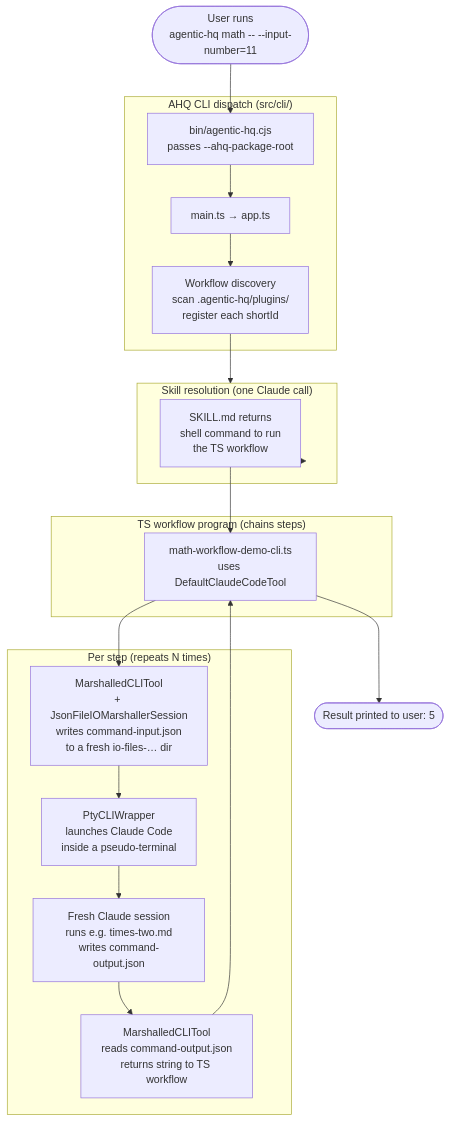
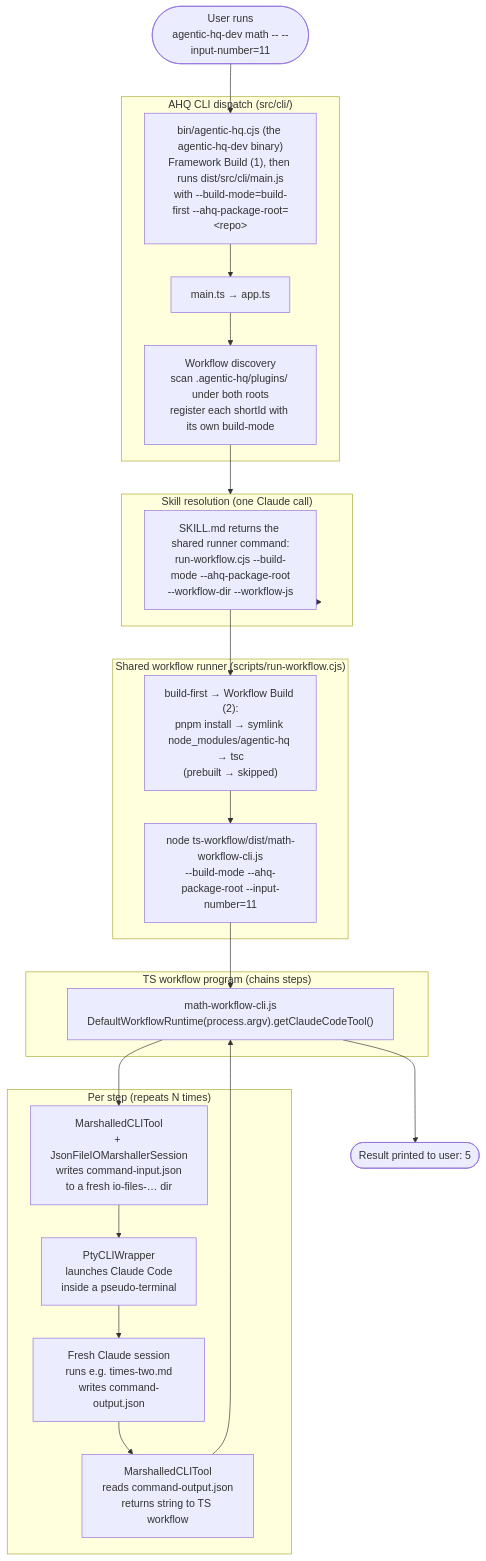
Before and after one commit to Agentic-HQ/agentic-hq: the diagram in docs/dev/how-agentic-hq-works.md, drawn with Mermaid. The commit also changed other lines of this file and 98 other files, not shown here.

First line of the commit message:
WIP: AHQ-208 two-builds split, per-workflow build-mode

````diff
--- a/docs/dev/how-agentic-hq-works.md
+++ b/docs/dev/how-agentic-hq-works.md
@@ -26,30 +27,35 @@
 ```mermaid
 flowchart TB
-    User([User runs<br/>agentic-hq math -- --input-number=11])
+    User([User runs<br/>agentic-hq-dev math -- --input-number=11])
 
     subgraph CLI["AHQ CLI dispatch (src/cli/)"]
-        Bin[bin/agentic-hq.cjs<br/>passes --ahq-package-root]
+        Bin["bin/agentic-hq.cjs (the agentic-hq-dev binary)<br/>Framework Build (1), then runs dist/src/cli/main.js<br/>with --build-mode=build-first --ahq-package-root=&lt;repo&gt;"]
         Main[main.ts → app.ts]
-        Discovery[Workflow discovery<br/>scan .agentic-hq/plugins/<br/>register each shortId]
+        Discovery["Workflow discovery<br/>scan .agentic-hq/plugins/ under both roots<br/>register each shortId with its own build-mode"]
     end
 
     subgraph Resolve["Skill resolution (one Claude call)"]
-        Skill[SKILL.md returns<br/>shell command to run<br/>the TS workflow]
+        Skill["SKILL.md returns the shared runner command:<br/>run-workflow.cjs --build-mode --ahq-package-root<br/>--workflow-dir --workflow-js"]
+    end
+
+    subgraph Runner["Shared workflow runner (scripts/run-workflow.cjs)"]
+        Build2["build-first → Workflow Build (2):<br/>pnpm install → symlink node_modules/agentic-hq → tsc<br/>(prebuilt → skipped)"]
+        Run["node ts-workflow/dist/math-workflow-cli.js<br/>--build-mode --ahq-package-root --input-number=11"]
     end
 
     subgraph Workflow["TS workflow program (chains steps)"]
-        TS[math-workflow-demo-cli.ts<br/>uses DefaultClaudeCodeTool]
+        TS["math-workflow-cli.js<br/>DefaultWorkflowRuntime(process.argv).getClaudeCodeTool()"]
     end
 
     subgraph Step["Per step (repeats N times)"]
         Marshal[MarshalledCLITool<br/>+ JsonFileIOMarshallerSession<br/>writes command-input.json<br/>to a fresh io-files-… dir]
         Pty[PtyCLIWrapper<br/>launches Claude Code<br/>inside a pseudo-terminal]
         Cmd[Fresh Claude session<br/>runs e.g. times-two.md<br/>writes command-output.json]
         Read[MarshalledCLITool<br/>reads command-output.json<br/>returns string to TS workflow]
     end
 
     User --> Bin --> Main --> Discovery --> Resolve
-    Resolve --> Skill --> TS
+    Resolve --> Skill --> Build2 --> Run --> TS
     TS --> Marshal --> Pty --> Cmd --> Read --> TS
     TS --> Result([Result printed to user: 5])
 ```
````
